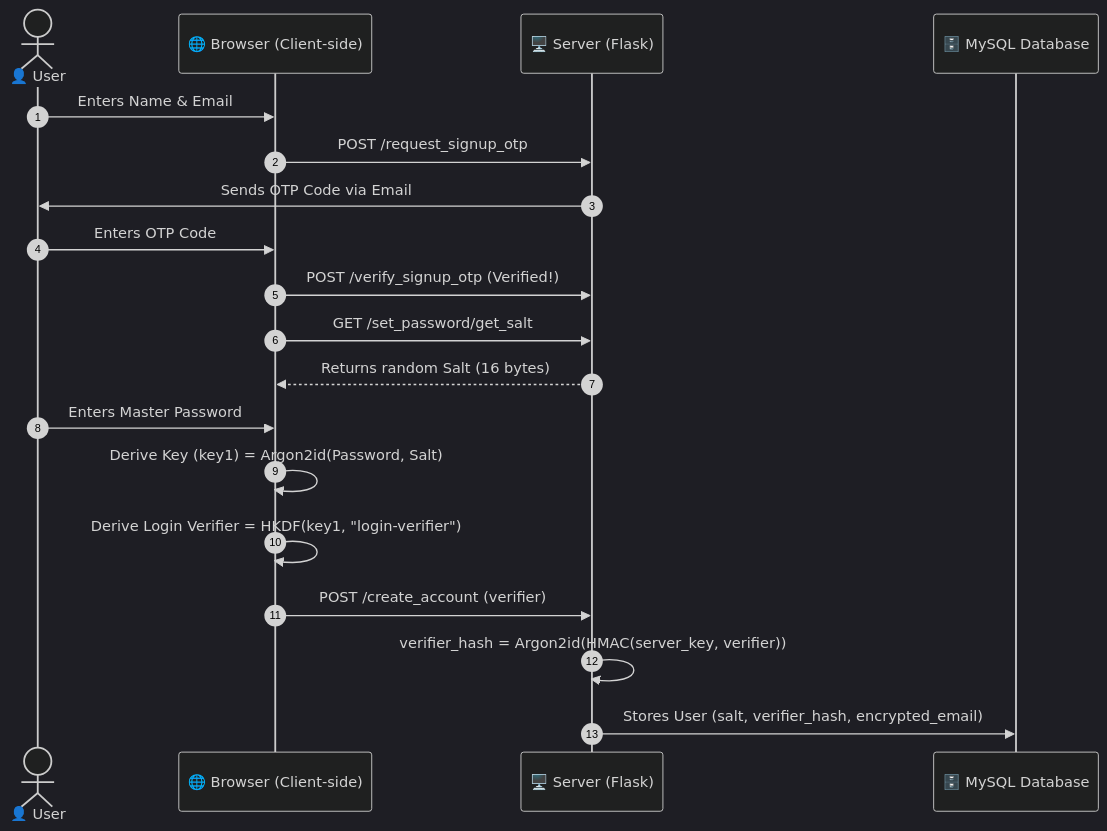
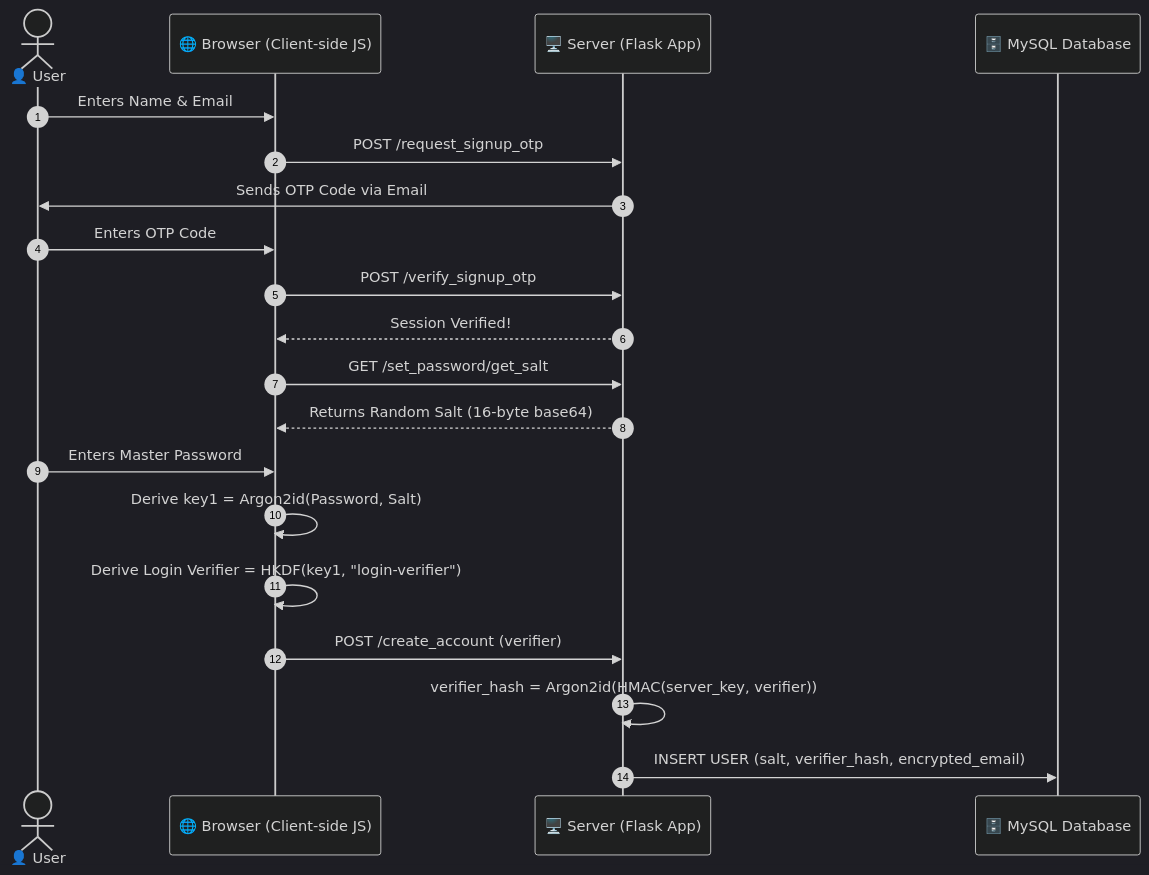
One commit to neerajsait/ZK-Vault changed the first of 3 diagrams in README.md. Above: the diagram before and after it, drawn with Mermaid (dark theme). The commit also changed other lines of this file and 7 other files, not shown here.

````diff
--- a/README.md
+++ b/README.md
@@ -47,25 +49,26 @@
 ```mermaid
 sequenceDiagram
     autonumber
     actor User as 👤 User
-    participant Browser as 🌐 Browser (Client-side)
-    participant Server as 🖥️ Server (Flask)
+    participant Browser as 🌐 Browser (Client-side JS)
+    participant Server as 🖥️ Server (Flask App)
     participant DB as 🗄️ MySQL Database
 
     User->>Browser: Enters Name & Email
     Browser->>Server: POST /request_signup_otp
     Server->>User: Sends OTP Code via Email
     User->>Browser: Enters OTP Code
-    Browser->>Server: POST /verify_signup_otp (Verified!)
+    Browser->>Server: POST /verify_signup_otp
+    Server-->>Browser: Session Verified!
     
     Browser->>Server: GET /set_password/get_salt
-    Server-->>Browser: Returns random Salt (16 bytes)
+    Server-->>Browser: Returns Random Salt (16-byte base64)
     
     User->>Browser: Enters Master Password
-    Browser->>Browser: Derive Key (key1) = Argon2id(Password, Salt)
+    Browser->>Browser: Derive key1 = Argon2id(Password, Salt)
     Browser->>Browser: Derive Login Verifier = HKDF(key1, "login-verifier")
     
     Browser->>Server: POST /create_account (verifier)
     Server->>Server: verifier_hash = Argon2id(HMAC(server_key, verifier))
-    Server->>DB: Stores User (salt, verifier_hash, encrypted_email)
+    Server->>DB: INSERT USER (salt, verifier_hash, encrypted_email)
 ```
````
